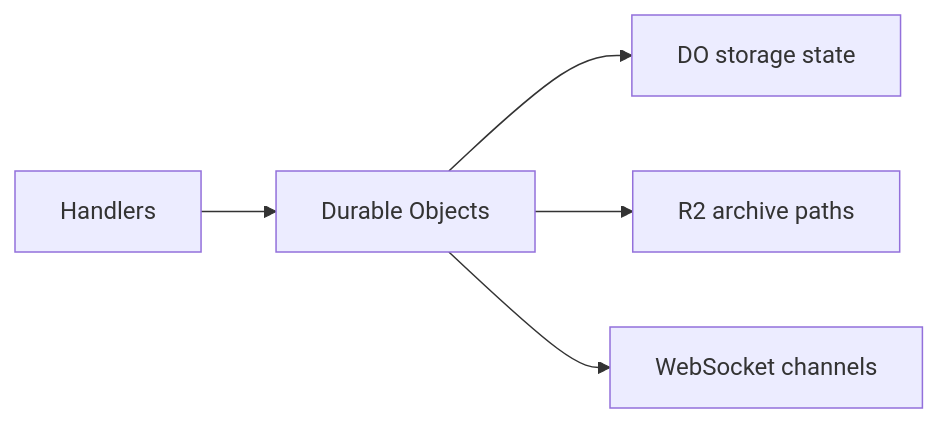
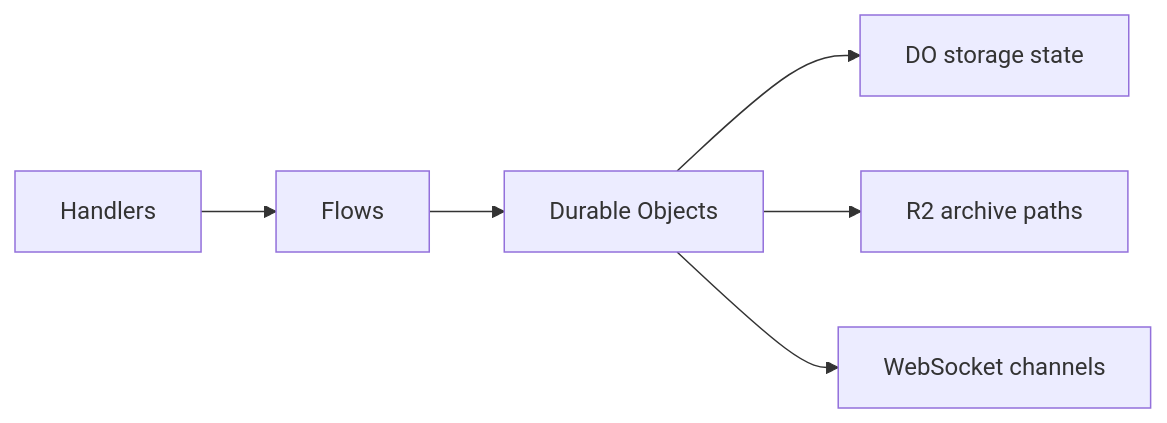
One commit to ocentra/ocentra-games changed the diagram in infra/cloudflare/docs/durable-objects/README.md. Above: the diagram before and after it, drawn with Mermaid. The commit also changed other lines of this file and 35 other files, not shown here.

````diff
--- a/infra/cloudflare/docs/durable-objects/README.md
+++ b/infra/cloudflare/docs/durable-objects/README.md
@@ -5,7 +7,8 @@
 ```mermaid
 flowchart LR
-  Handlers[Handlers] --> DOs[Durable Objects]
+  Handlers[Handlers] --> Flows[Flows]
+  Flows --> DOs[Durable Objects]
   DOs --> Storage[DO storage state]
   DOs --> R2[R2 archive paths]
   DOs --> WS[WebSocket channels]
 ```
````
